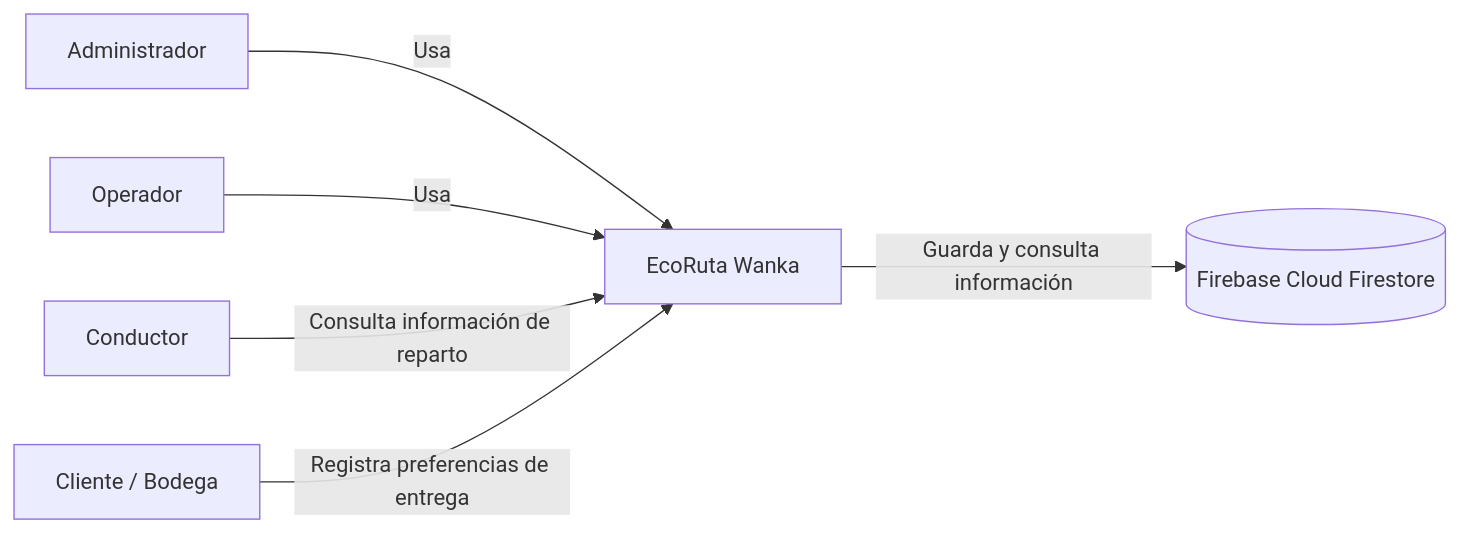
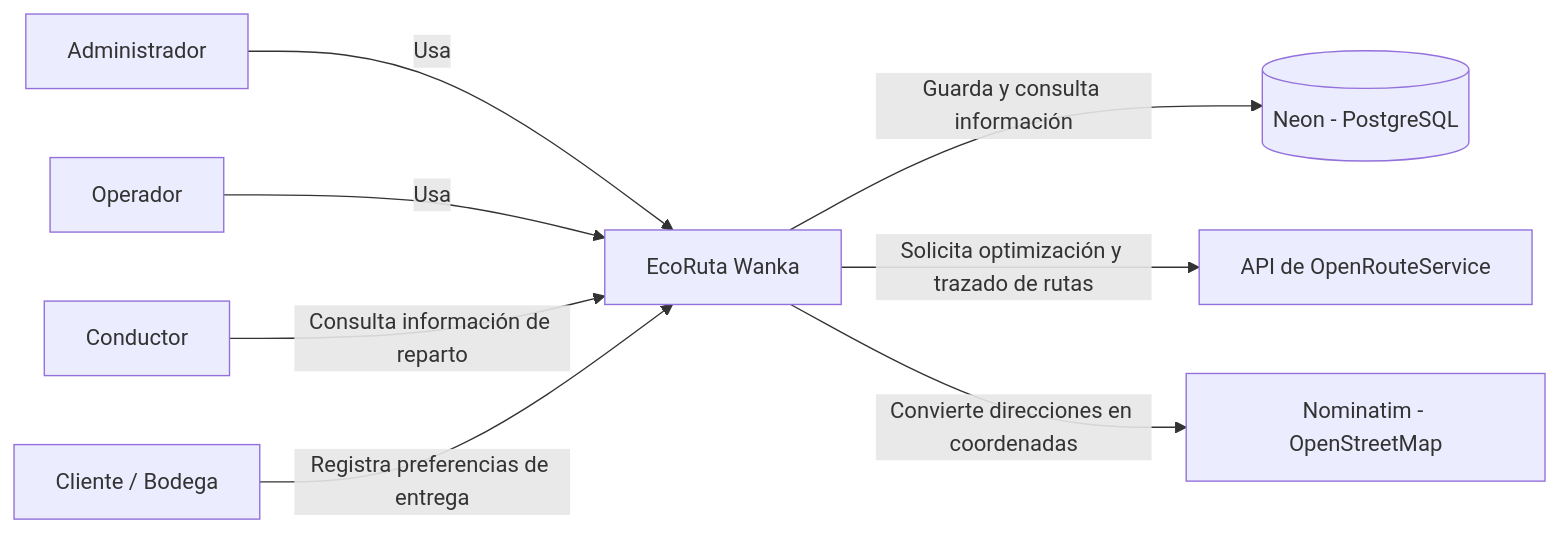
The first of 4 diagrams in docs/01 Inicio/12. Modelo C4 V_1_0_0.md (DayanaJC/EcoRuta-Wanka), drawn with Mermaid before and after one commit. The commit also changed other lines of this file and 14 other files, not shown here.

````diff
--- a/docs/01 Inicio/12. Modelo C4 V_1_0_0.md
+++ b/docs/01 Inicio/12. Modelo C4 V_1_0_0.md
@@ -35,10 +35,12 @@
 ```mermaid
 flowchart LR
 
     A[Administrador] -->|Usa| S[EcoRuta Wanka]
     O[Operador] -->|Usa| S
     C[Conductor] -->|Consulta información de reparto| S
     B[Cliente / Bodega] -->|Registra preferencias de entrega| S
 
-    S -->|Guarda y consulta información| DB[(Firebase Cloud Firestore)]
+    S -->|Guarda y consulta información| DB[(Neon - PostgreSQL)]
+    S -->|Solicita optimización y trazado de rutas| ORS[API de OpenRouteService]
+    S -->|Convierte direcciones en coordenadas| NOM[Nominatim - OpenStreetMap]
 ```
````
